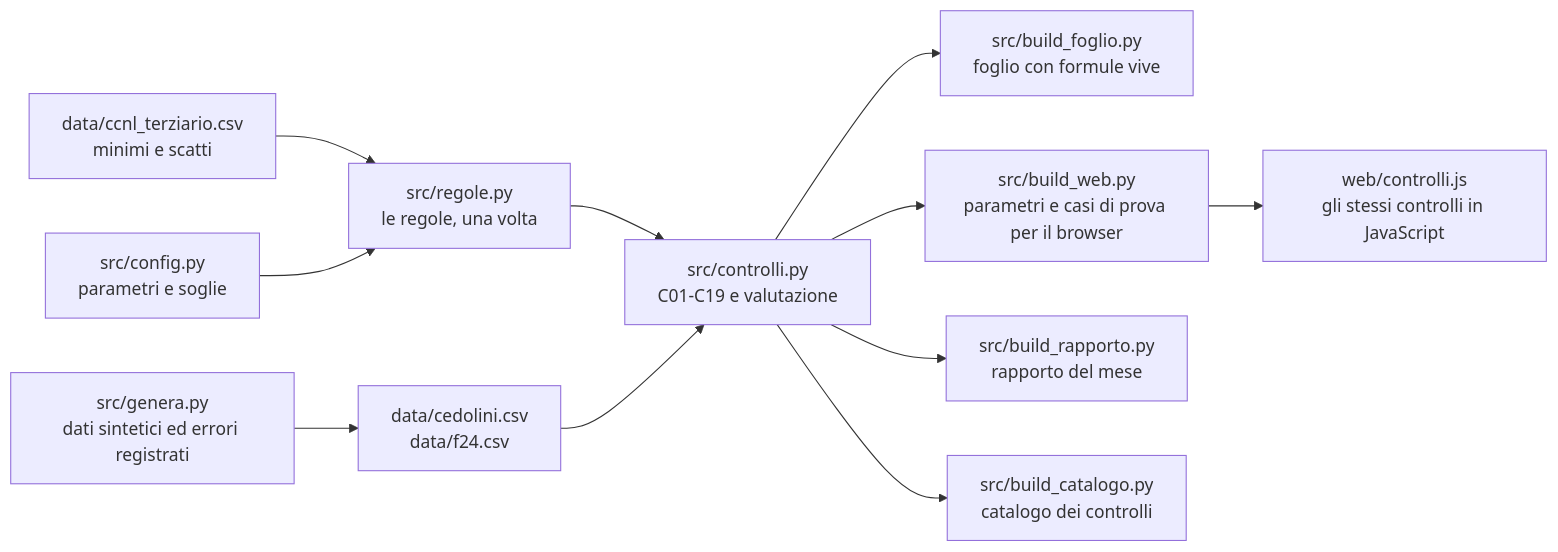
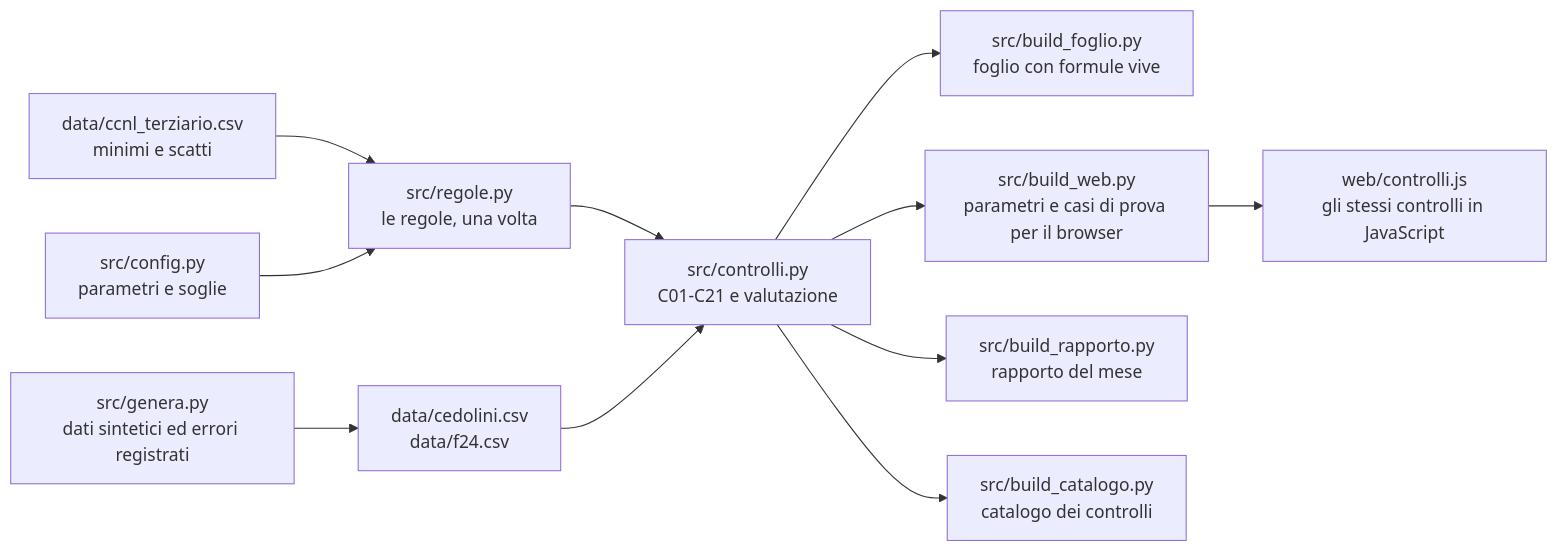
One commit to D0M3N1C0X/controlli-cedolini changed the diagram in docs/architettura.md. Above: the diagram before and after it, drawn with Mermaid. The commit also changed other lines of this file and 36 other files, not shown here.

````diff
--- a/docs/architettura.md
+++ b/docs/architettura.md
@@ -9,13 +9,13 @@
 ```mermaid
 flowchart LR
     T["data/ccnl_terziario.csv<br>minimi e scatti"] --> R["src/regole.py<br>le regole, una volta"]
     P["src/config.py<br>parametri e soglie"] --> R
     G["src/genera.py<br>dati sintetici ed errori registrati"] --> D["data/cedolini.csv<br>data/f24.csv"]
-    R --> K["src/controlli.py<br>C01-C19 e valutazione"]
+    R --> K["src/controlli.py<br>C01-C21 e valutazione"]
     D --> K
     K --> F["src/build_foglio.py<br>foglio con formule vive"]
     K --> W["src/build_web.py<br>parametri e casi di prova per il browser"]
     K --> B["src/build_rapporto.py<br>rapporto del mese"]
     K --> Q["src/build_catalogo.py<br>catalogo dei controlli"]
     W --> J["web/controlli.js<br>gli stessi controlli in JavaScript"]
 ```
````
